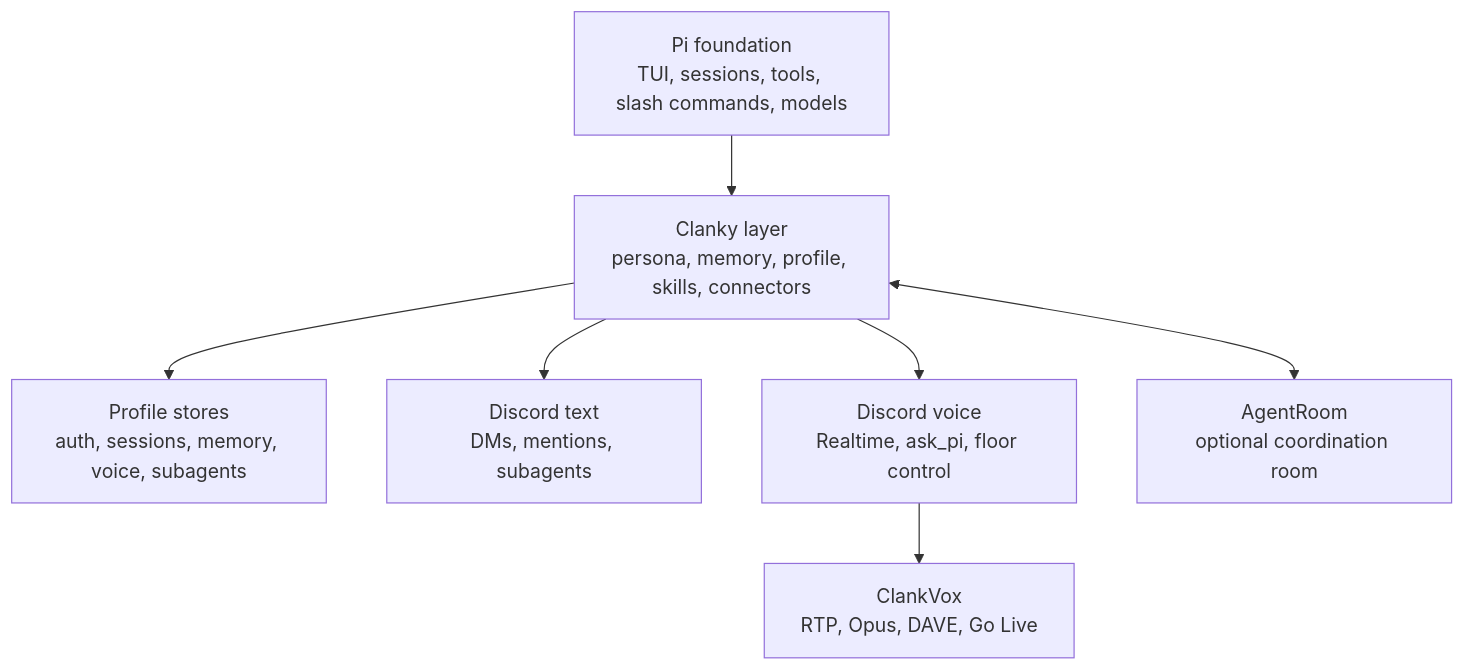
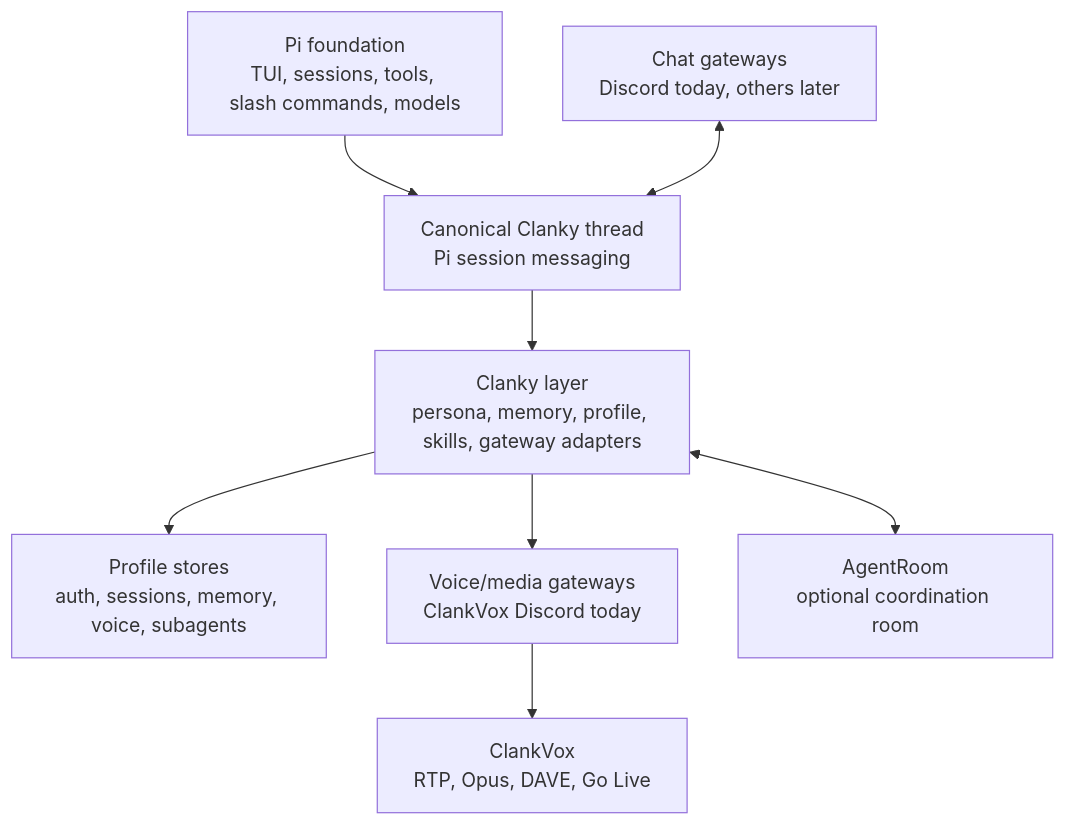
Before and after one commit to Volpestyle/clanky: the diagram in docs/start-here.md, drawn with Mermaid. The commit also changed other lines of this file and 27 other files, not shown here.

Commit message:
Abstract Clanky chat and voice gateways

````diff
--- a/docs/start-here.md
+++ b/docs/start-here.md
@@ -52,17 +53,19 @@
 ```mermaid
 flowchart TB
   pi["Pi foundation<br/>TUI, sessions, tools, slash commands, models"]
-  clanky["Clanky layer<br/>persona, memory, profile, skills, connectors"]
+  thread["Canonical Clanky thread<br/>Pi session messaging"]
+  clanky["Clanky layer<br/>persona, memory, profile, skills, gateway adapters"]
   profile["Profile stores<br/>auth, sessions, memory, voice, subagents"]
-  discord["Discord text<br/>DMs, mentions, subagents"]
-  voice["Discord voice<br/>Realtime, ask_pi, floor control"]
+  chat["Chat gateways<br/>Discord today, others later"]
+  voice["Voice/media gateways<br/>ClankVox Discord today"]
   vox["ClankVox<br/>RTP, Opus, DAVE, Go Live"]
   room["AgentRoom<br/>optional coordination room"]
 
-  pi --> clanky
+  pi --> thread
+  thread --> clanky
   clanky --> profile
-  clanky --> discord
+  chat <--> thread
   clanky --> voice
   voice --> vox
   clanky <--> room
 ```
````
